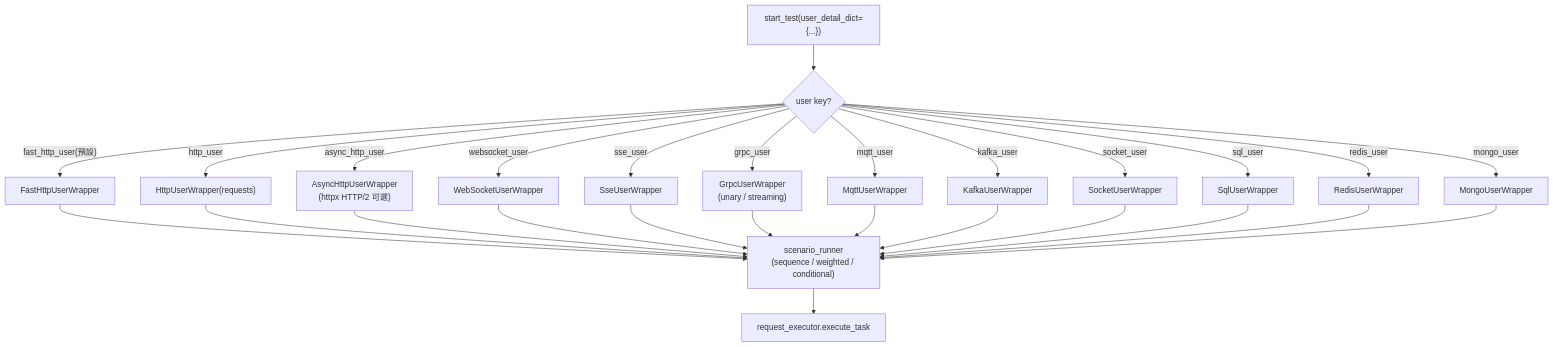
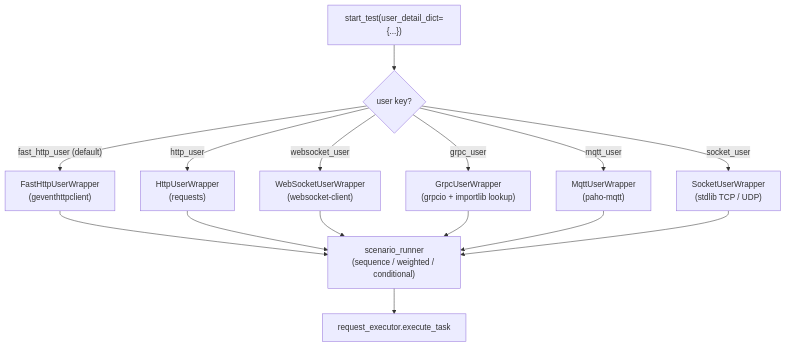
The third of 3 diagrams in README/README_zh-TW.md (Integration-Automation/LoadDensity), drawn with Mermaid before and after one commit. The commit also changed other lines of this file and 1 other file, not shown here.

````diff
--- a/README/README_zh-TW.md
+++ b/README/README_zh-TW.md
@@ -231,18 +232,12 @@
 ```mermaid
 flowchart TB
   CMD["start_test(user_detail_dict={...})"] --> KEY{"user key?"}
-  KEY -- "fast_http_user(預設)" --> FH["FastHttpUserWrapper"]
-  KEY -- "http_user" --> H["HttpUserWrapper(requests)"]
-  KEY -- "async_http_user" --> AH["AsyncHttpUserWrapper<br/>(httpx HTTP/2 可選)"]
-  KEY -- "websocket_user" --> WS["WebSocketUserWrapper"]
-  KEY -- "sse_user" --> SS["SseUserWrapper"]
-  KEY -- "grpc_user" --> G["GrpcUserWrapper<br/>(unary / streaming)"]
-  KEY -- "mqtt_user" --> M["MqttUserWrapper"]
-  KEY -- "kafka_user" --> K["KafkaUserWrapper"]
-  KEY -- "socket_user" --> S["SocketUserWrapper"]
-  KEY -- "sql_user" --> SQ["SqlUserWrapper"]
-  KEY -- "redis_user" --> R["RedisUserWrapper"]
-  KEY -- "mongo_user" --> MO["MongoUserWrapper"]
-  FH & H & AH & WS & SS & G & M & K & S & SQ & R & MO --> SC["scenario_runner<br/>(sequence / weighted / conditional)"]
+  KEY -- "fast_http_user (default)" --> FH["FastHttpUserWrapper<br/>(geventhttpclient)"]
+  KEY -- "http_user" --> H["HttpUserWrapper<br/>(requests)"]
+  KEY -- "websocket_user" --> WS["WebSocketUserWrapper<br/>(websocket-client)"]
+  KEY -- "grpc_user" --> G["GrpcUserWrapper<br/>(grpcio + importlib lookup)"]
+  KEY -- "mqtt_user" --> M["MqttUserWrapper<br/>(paho-mqtt)"]
+  KEY -- "socket_user" --> S["SocketUserWrapper<br/>(stdlib TCP / UDP)"]
+  FH & H & WS & G & M & S --> SC["scenario_runner<br/>(sequence / weighted / conditional)"]
   SC --> RX["request_executor.execute_task"]
 ```
````
